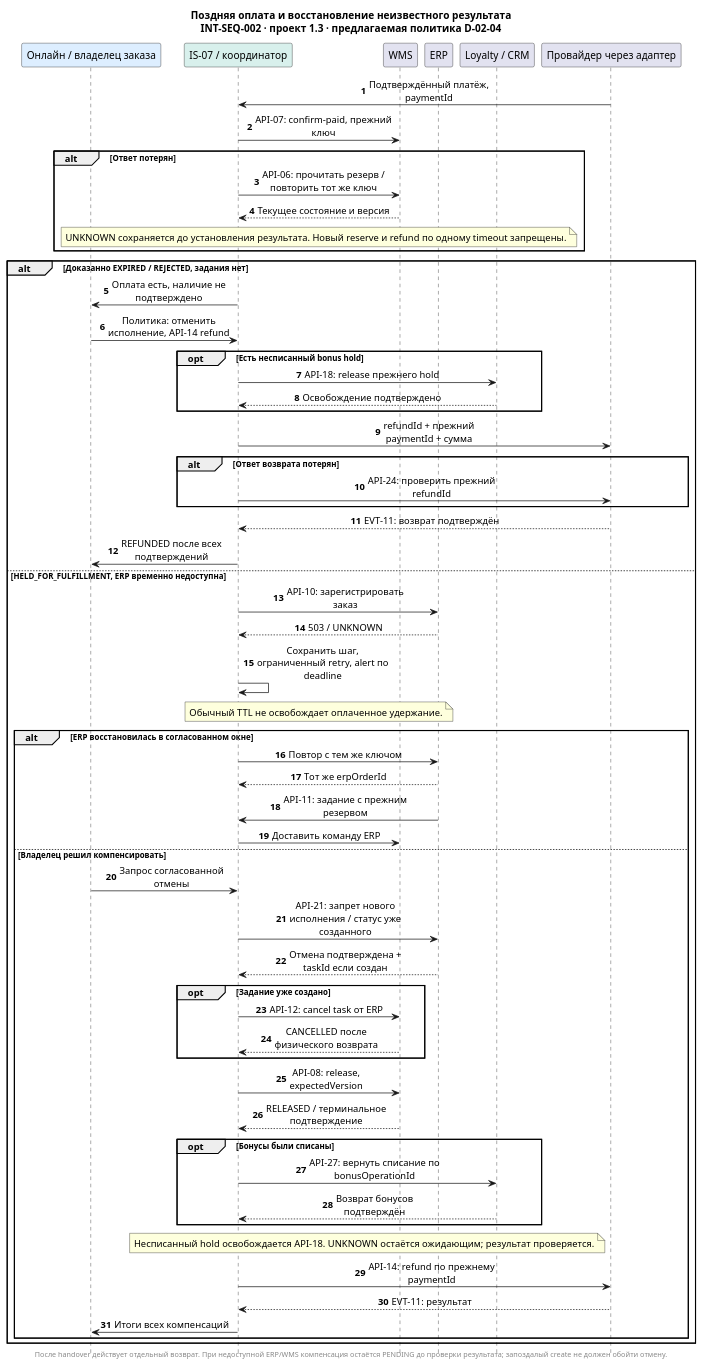
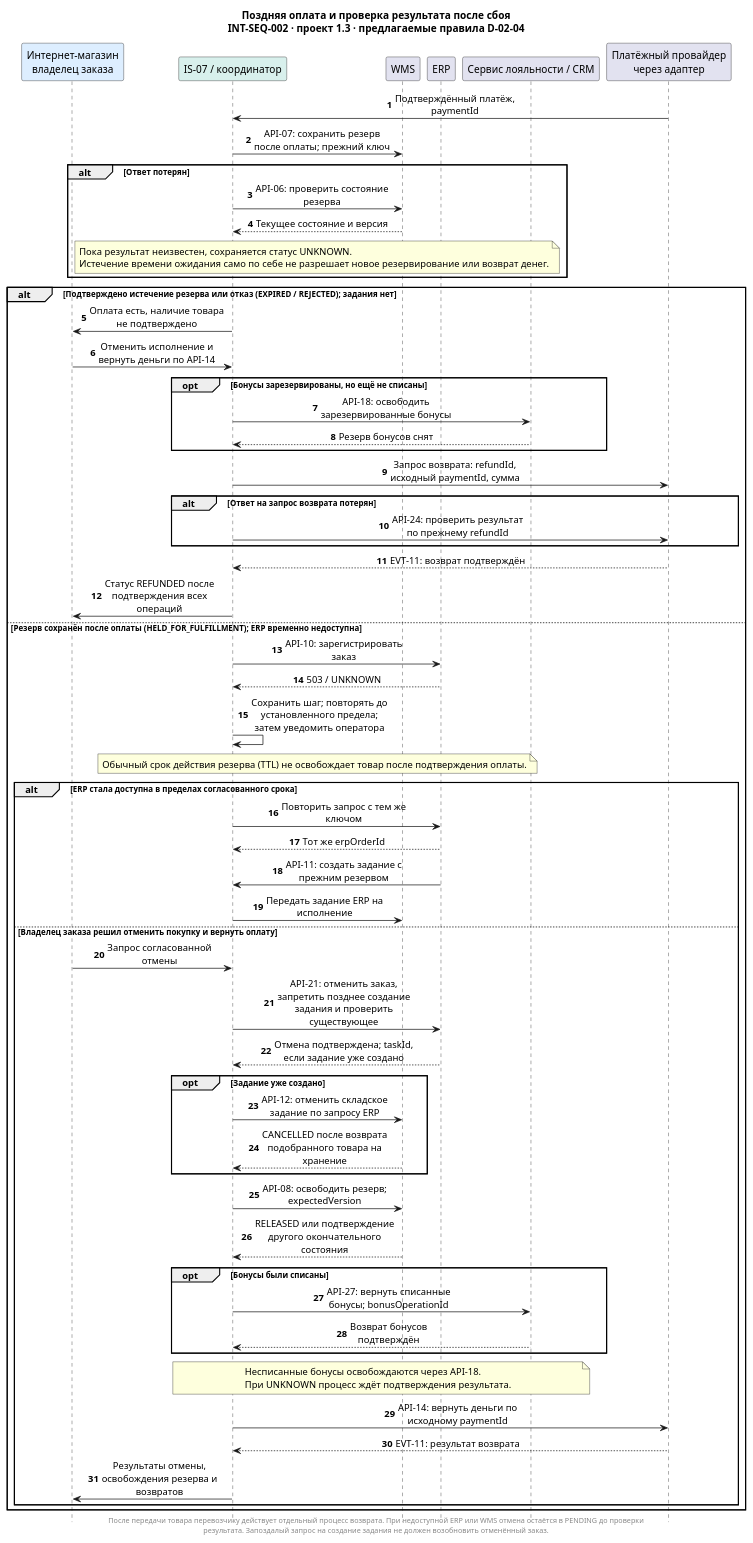
One commit to rsingatulin/hse_architecture changed the diagram in 06_integration_architecture/diagrams/INT-SEQ-002-payment-recovery.puml. Above: the diagram before and after it, drawn with PlantUML. The commit also changed 20 other files, not shown here.

Commit message:
Исправить русский язык во всех интеграционных схемах

```diff
--- a/06_integration_architecture/diagrams/INT-SEQ-002-payment-recovery.puml
+++ b/06_integration_architecture/diagrams/INT-SEQ-002-payment-recovery.puml
@@ -1,67 +1,70 @@
 @startuml INT-SEQ-002-payment-recovery
 skinparam backgroundColor white
 skinparam defaultFontName Arial
 skinparam shadowing false
 skinparam sequenceMessageAlign center
 skinparam maxMessageSize 195
 hide footbox
 autonumber
-title Поздняя оплата и восстановление неизвестного результата\nINT-SEQ-002 · проект 1.3 · предлагаемая политика D-02–04
-participant "Онлайн / владелец заказа" as EC #DDEEFF
+title Поздняя оплата и проверка результата после сбоя\nINT-SEQ-002 · проект 1.3 · предлагаемые правила D-02–04
+participant "Интернет-магазин\nвладелец заказа" as EC #DDEEFF
 participant "IS-07 / координатор" as IP #D8F0EC
 participant "WMS" as WMS
 participant "ERP" as ERP
-participant "Loyalty / CRM" as Loyalty
-participant "Провайдер через адаптер" as Pay
+participant "Сервис лояльности / CRM" as Loyalty
+participant "Платёжный провайдер\nчерез адаптер" as Pay
 Pay -> IP: Подтверждённый платёж, paymentId
-IP -> WMS: API-07: confirm-paid, прежний ключ
+IP -> WMS: API-07: сохранить резерв после оплаты; прежний ключ
 alt Ответ потерян
- IP -> WMS: API-06: прочитать резерв / повторить тот же ключ
+ IP -> WMS: API-06: проверить состояние резерва
  WMS --> IP: Текущее состояние и версия
- note over IP,WMS: UNKNOWN сохраняется до установления результата. Новый reserve и refund по одному timeout запрещены.
+ note over IP,WMS: Пока результат неизвестен, сохраняется статус UNKNOWN.\nИстечение времени ожидания само по себе не разрешает новое резервирование или возврат денег.
 end
-alt Доказанно EXPIRED / REJECTED, задания нет
- IP -> EC: Оплата есть, наличие не подтверждено
- EC -> IP: Политика: отменить исполнение, API-14 refund
- opt Есть несписанный bonus hold
-  IP -> Loyalty: API-18: release прежнего hold
-  Loyalty --> IP: Освобождение подтверждено
+alt Подтверждено истечение резерва или отказ (EXPIRED / REJECTED); задания нет
+ IP -> EC: Оплата есть, наличие товара не подтверждено
+ EC -> IP: Отменить исполнение и вернуть деньги по API-14
+ opt Бонусы зарезервированы, но ещё не списаны
+  IP -> Loyalty: API-18: освободить зарезервированные бонусы
+  Loyalty --> IP: Резерв бонусов снят
  end
- IP -> Pay: refundId + прежний paymentId + сумма
- alt Ответ возврата потерян
-  IP -> Pay: API-24: проверить прежний refundId
+ IP -> Pay: Запрос возврата: refundId, исходный paymentId, сумма
+ alt Ответ на запрос возврата потерян
+  IP -> Pay: API-24: проверить результат по прежнему refundId
  end
  Pay --> IP: EVT-11: возврат подтверждён
- IP -> EC: REFUNDED после всех подтверждений
-else HELD_FOR_FULFILLMENT, ERP временно недоступна
+ IP -> EC: Статус REFUNDED после подтверждения всех операций
+else Резерв сохранён после оплаты (HELD_FOR_FULFILLMENT); ERP временно недоступна
  IP -> ERP: API-10: зарегистрировать заказ
  ERP --> IP: 503 / UNKNOWN
- IP -> IP: Сохранить шаг, ограниченный retry, alert по deadline
- note over IP,WMS: Обычный TTL не освобождает оплаченное удержание.
- alt ERP восстановилась в согласованном окне
-  IP -> ERP: Повтор с тем же ключом
+ IP -> IP: Сохранить шаг; повторять до установленного предела; затем уведомить оператора
+ note over IP,WMS: Обычный срок действия резерва (TTL) не освобождает товар после подтверждения оплаты.
+ alt ERP стала доступна в пределах согласованного срока
+  IP -> ERP: Повторить запрос с тем же ключом
   ERP --> IP: Тот же erpOrderId
-  ERP -> IP: API-11: задание с прежним резервом
-  IP -> WMS: Доставить команду ERP
- else Владелец решил компенсировать
+  ERP -> IP: API-11: создать задание с прежним резервом
+  IP -> WMS: Передать задание ERP на исполнение
+ else Владелец заказа решил отменить покупку и вернуть оплату
   EC -> IP: Запрос согласованной отмены
-  IP -> ERP: API-21: запрет нового исполнения / статус уже созданного
-  ERP --> IP: Отмена подтверждена + taskId если создан
+  IP -> ERP: API-21: отменить заказ, запретить позднее создание задания и проверить существующее
+  ERP --> IP: Отмена подтверждена; taskId, если задание уже создано
   opt Задание уже создано
-   IP -> WMS: API-12: cancel task от ERP
-   WMS --> IP: CANCELLED после физического возврата
+   IP -> WMS: API-12: отменить складское задание по запросу ERP
+   WMS --> IP: CANCELLED после возврата подобранного товара на хранение
   end
-  IP -> WMS: API-08: release, expectedVersion
-  WMS --> IP: RELEASED / терминальное подтверждение
+  IP -> WMS: API-08: освободить резерв; expectedVersion
+  WMS --> IP: RELEASED или подтверждение другого окончательного состояния
   opt Бонусы были списаны
-   IP -> Loyalty: API-27: вернуть списание по bonusOperationId
+   IP -> Loyalty: API-27: вернуть списанные бонусы; bonusOperationId
    Loyalty --> IP: Возврат бонусов подтверждён
   end
-  note over IP,Loyalty: Несписанный hold освобождается API-18. UNKNOWN остаётся ожидающим; результат проверяется.
-  IP -> Pay: API-14: refund по прежнему paymentId
-  Pay --> IP: EVT-11: результат
-  IP -> EC: Итоги всех компенсаций
+  note over IP,Loyalty: Несписанные бонусы освобождаются через API-18.\nПри UNKNOWN процесс ждёт подтверждения результата.
+  IP -> Pay: API-14: вернуть деньги по исходному paymentId
+  Pay --> IP: EVT-11: результат возврата
+  IP -> EC: Результаты отмены, освобождения резерва и возвратов
  end
 end
-footer После handover действует отдельный возврат. При недоступной ERP/WMS компенсация остаётся PENDING до проверки результата; запоздалый create не должен обойти отмену.
+footer
+После передачи товара перевозчику действует отдельный процесс возврата. При недоступной ERP или WMS отмена остаётся в PENDING до проверки
+результата. Запоздалый запрос на создание задания не должен возобновить отменённый заказ.
+end footer
 @enduml
```
